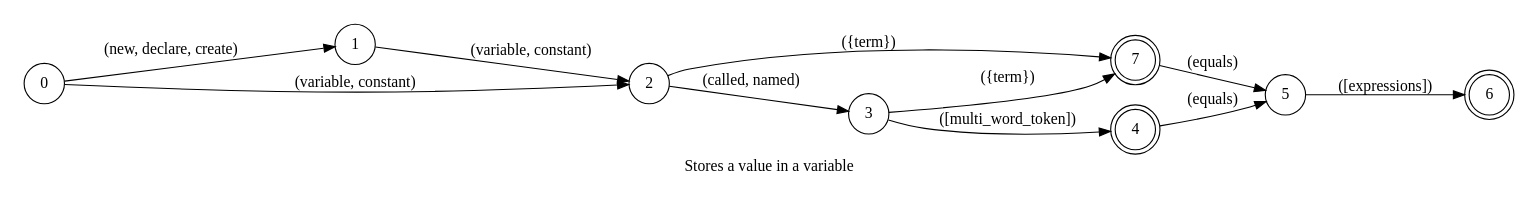
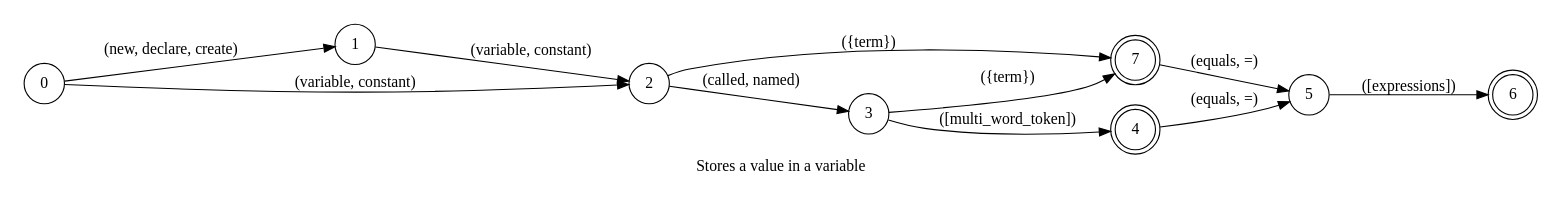
Before and after one commit to pedrooaugusto/speech-to-code: the diagram in spoken/src/modules/typescript/variable_assignment/phrase_en-US.dot, drawn with Graphviz. The commit also changed 19 other files, not shown here.

```diff
--- a/spoken/src/modules/typescript/variable_assignment/phrase_en-US.dot
+++ b/spoken/src/modules/typescript/variable_assignment/phrase_en-US.dot
@@ -1,21 +1,21 @@
 digraph variable_assignment {
     id="variable_assignment";
     label="Stores a value in a variable";
     lang="en-US";
     langName="English";
     pad="0.2";
     rankdir=LR;
     node[shape=doublecircle]; 4 6 7;
     node[shape=circle];
 
     0 -> 1 [label="(new, declare, create)", store=isNew, normalizer=boolean];
     {1 0} -> 2 [label="(variable, constant)", store=memType];
     2 -> 3 [label="(called, named)"];
     3 -> 4 [label="([multi_word_token])", store=varName, extraArgs="{\"case\": \"camel\"}"];
     {2 3} -> 7 [label="({term})", store=varName];
-    {4 7} -> 5 [label="(equals)"];
+    {4 7} -> 5 [label="(equals, =)"];
     5 -> 6 [label="([expressions])", store=expression];
 
     title="Stores a value in a variable";
     desc="Stores a number, string etc in a variable";
 }
```
